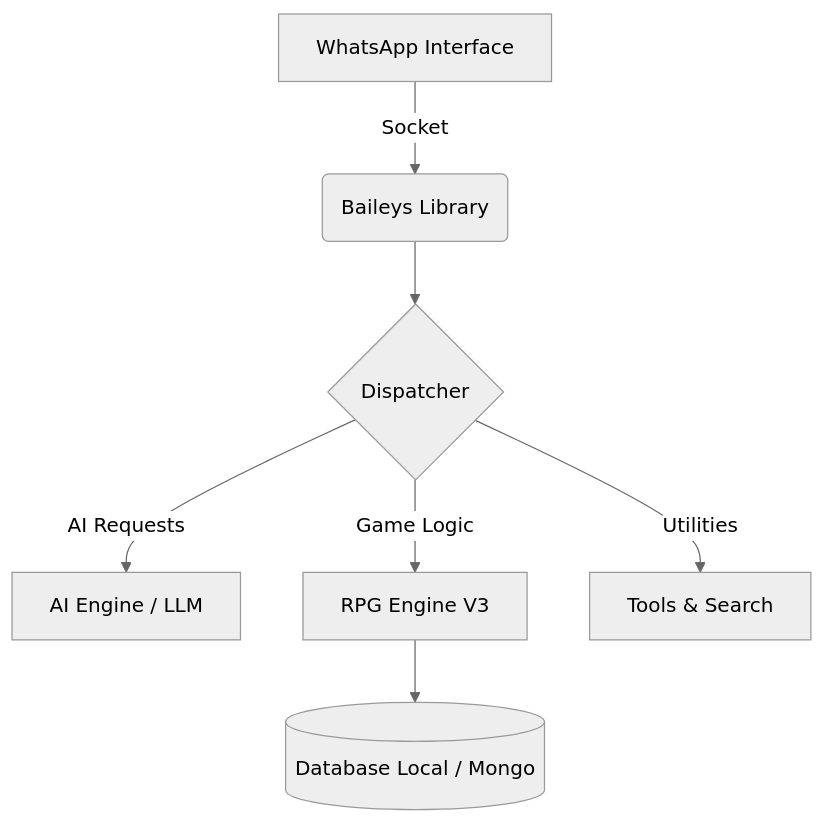
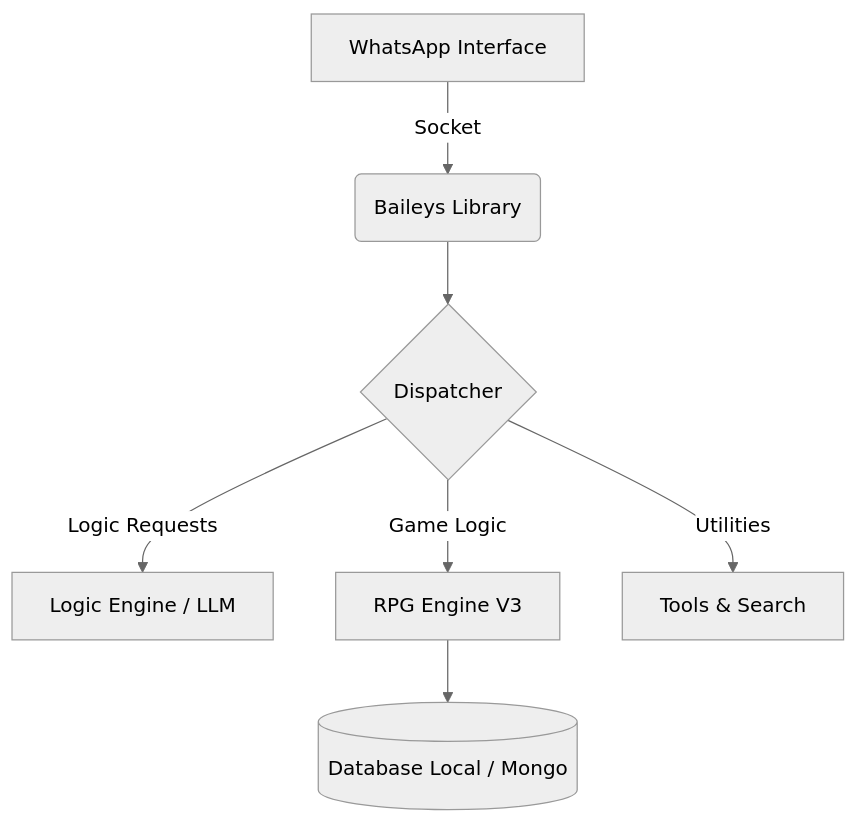
Before and after one commit to CYBER-x-SACHIYA-SL-MD-BOT/Frieren-MD: the second of 2 diagrams in README.md, drawn with Mermaid (neutral theme). The commit also changed other lines of this file, not shown here.

Commit message:
docs: use local media and remove AI Assistant/Contributor references in README

````diff
--- a/README.md
+++ b/README.md
@@ -115,9 +85,9 @@
 ```mermaid
 graph TD
-    A["WhatsApp Interface"] -->|Socket| B("Baileys Library")
+    A["WhatsApp Interface"] -->|Socket| B(Baileys Library)
     B --> C{"Dispatcher"}
-    C -->|"AI Requests"| D["AI Engine / LLM"]
+    C -->|"Logic Requests"| D["Logic Engine / LLM"]
     C -->|"Game Logic"| E["RPG Engine V3"]
     C -->|"Utilities"| F["Tools & Search"]
-    E --> G[("Database Local / Mongo")]
+    E --> G[(Database Local / Mongo)]
 ```
````
